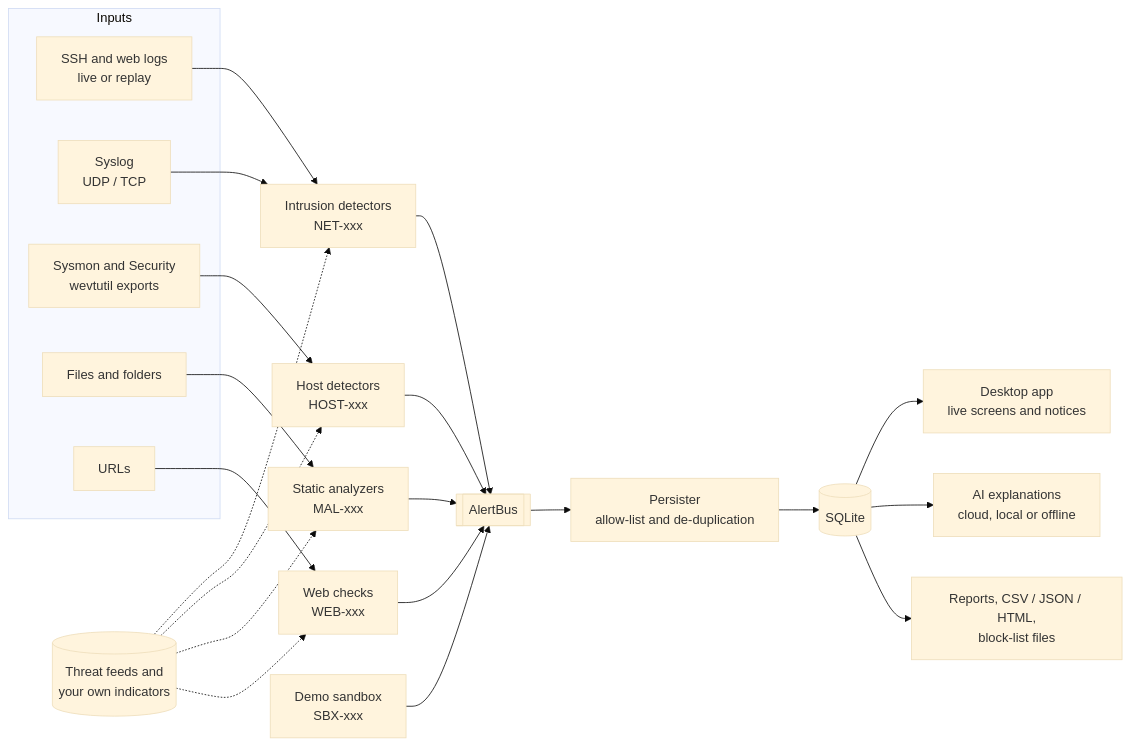
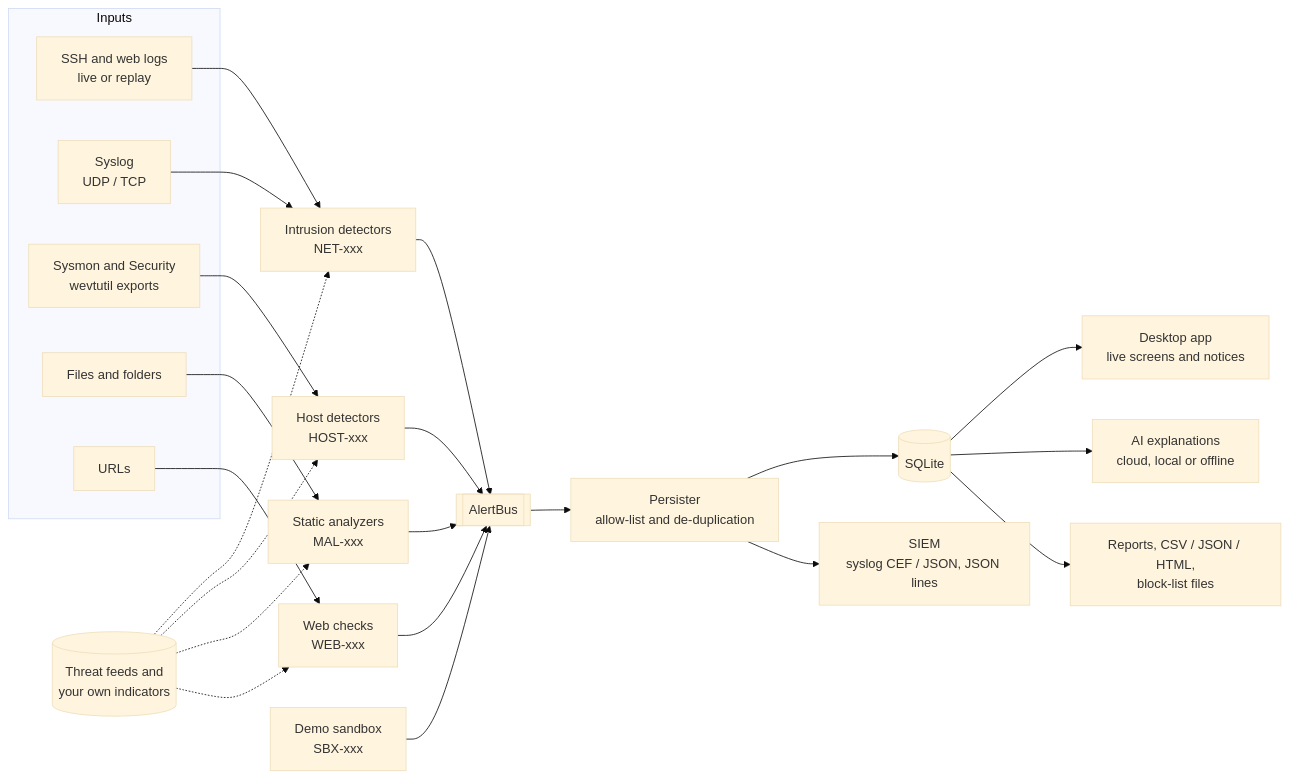
One commit to sriman676/AegisLens changed the diagram in README.md. Above: the diagram before and after it, drawn with Mermaid (base theme). The commit also changed other lines of this file and 19 other files, not shown here.

First line of the commit message:
feat: SIEM forwarding (syslog CEF/JSON over UDP, TCP, TLS; JSON lines) and near-live Sysmon export task

````diff
--- a/README.md
+++ b/README.md
@@ -54,30 +56,31 @@
 ```mermaid
 flowchart LR
     subgraph IN["Inputs"]
         L["SSH and web logs<br/>live or replay"]
         S["Syslog<br/>UDP / TCP"]
         X["Sysmon and Security<br/>wevtutil exports"]
         F["Files and folders"]
         U["URLs"]
     end
     T[("Threat feeds and<br/>your own indicators")]
     L --> NET["Intrusion detectors<br/>NET-xxx"]
     S --> NET
     X --> HOST["Host detectors<br/>HOST-xxx"]
     F --> MAL["Static analyzers<br/>MAL-xxx"]
     U --> WEB["Web checks<br/>WEB-xxx"]
     T -.-> NET
     T -.-> HOST
     T -.-> MAL
     T -.-> WEB
     SBX["Demo sandbox<br/>SBX-xxx"] --> BUS
     NET --> BUS[["AlertBus"]]
     HOST --> BUS
     MAL --> BUS
     WEB --> BUS
     BUS --> P["Persister<br/>allow-list and de-duplication"]
     P --> DB[("SQLite")]
     DB --> UI["Desktop app<br/>live screens and notices"]
     DB --> AI["AI explanations<br/>cloud, local or offline"]
     DB --> OUT["Reports, CSV / JSON / HTML,<br/>block-list files"]
+    P --> SIEM["SIEM<br/>syslog CEF / JSON, JSON lines"]
 ```
````
